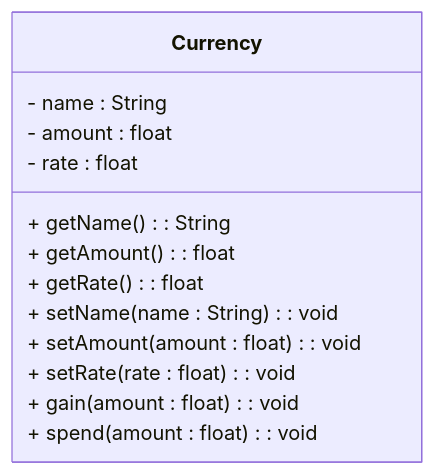
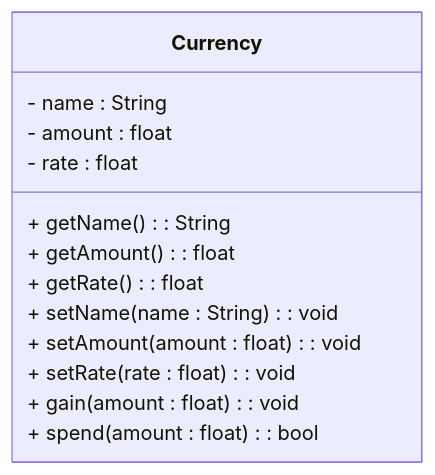
The diagram in docs/uml/Currency.mmd (dallatIkes/HackerIdleGame), drawn with Mermaid before and after one commit.

Commit message:
[doc] - switched spend type to bool

```diff
--- a/docs/uml/Currency.mmd
+++ b/docs/uml/Currency.mmd
@@ -1,28 +1,28 @@
 classDiagram
 class Currency {
   
   %% attributes
 
   - name : String
   - amount : float
   - rate : float
 
   %% methods
 
   %% getters
 
   + getName() : String
   + getAmount() : float
   + getRate() : float
 
   %% setters
 
   + setName(name : String) : void
   + setAmount(amount : float) : void
   + setRate(rate : float) : void
   
   %% other
   
   + gain(amount : float) : void
-  + spend(amount : float) : void
+  + spend(amount : float) : bool
 }
```
